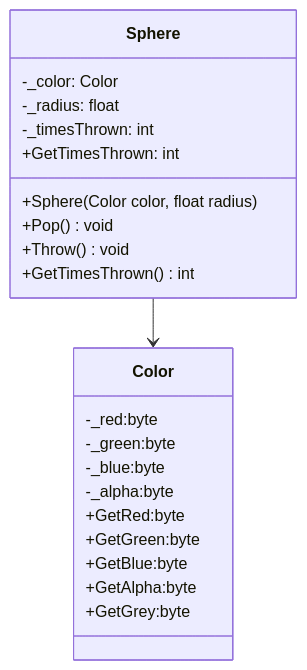
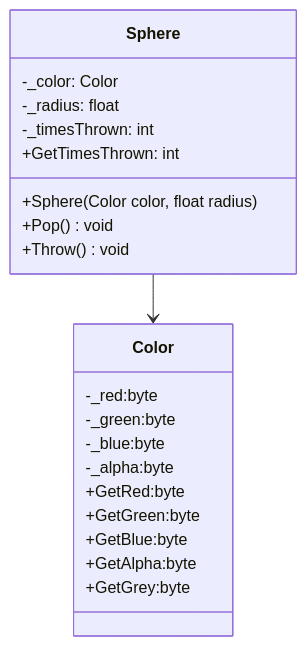
Before and after one commit to Nasci55/LP1Semana07: the diagram in BetterColorSpheres/README.md, drawn with Mermaid.

````diff
--- a/BetterColorSpheres/README.md
+++ b/BetterColorSpheres/README.md
@@ -1,35 +1,29 @@
 ```mermaid
-
 classDiagram
     class Sphere {
     -_color: Color
     -_radius: float
     -_timesThrown: int
     +GetTimesThrown: int
 
     +Sphere(Color color, float radius)
     +Pop() void
     +Throw() void
-    +GetTimesThrown() int
     
     }
 
     class Color {
         -_red:byte
         -_green:byte
         -_blue:byte
         -_alpha:byte
 
         +GetRed:byte
         +GetGreen:byte
         +GetBlue:byte
         +GetAlpha:byte
         +GetGrey:byte
     }
 
     Sphere --> Color
-
-
-
-
 ```
````
